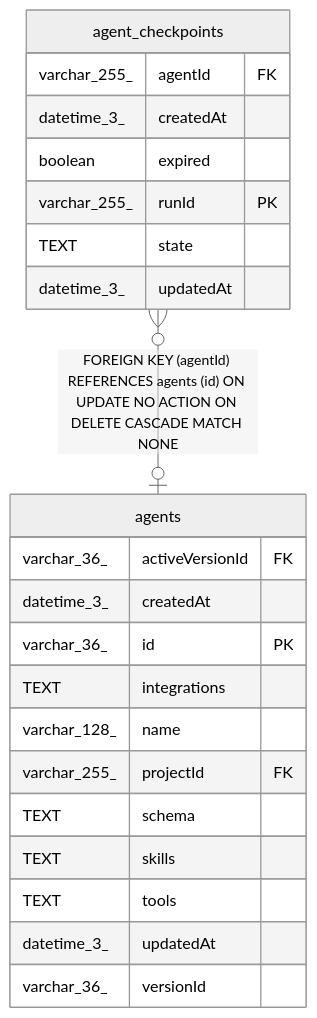
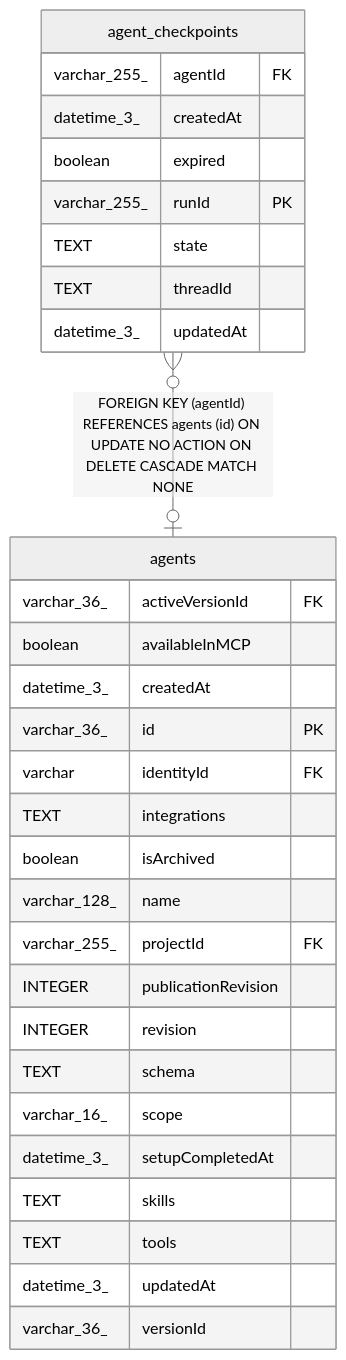
Before and after one commit to koreatest12/studys: the diagram in n8n_integration/n8n_source/docs/generated/sqlite-schema/agent_checkpoints.md, drawn with Mermaid (neutral theme). The commit also changed other lines of this file and 23019 other files, not shown here.

````diff
--- a/n8n_integration/n8n_source/docs/generated/sqlite-schema/agent_checkpoints.md
+++ b/n8n_integration/n8n_source/docs/generated/sqlite-schema/agent_checkpoints.md
@@ -42,27 +45,35 @@
 ```mermaid
 erDiagram
 
 "agent_checkpoints" }o--o| "agents" : "FOREIGN KEY (agentId) REFERENCES agents (id) ON UPDATE NO ACTION ON DELETE CASCADE MATCH NONE"
 
 "agent_checkpoints" {
   varchar_255_ agentId FK
   datetime_3_ createdAt
   boolean expired
   varchar_255_ runId PK
   TEXT state
+  TEXT threadId
   datetime_3_ updatedAt
 }
 "agents" {
   varchar_36_ activeVersionId FK
+  boolean availableInMCP
   datetime_3_ createdAt
   varchar_36_ id PK
+  varchar identityId FK
   TEXT integrations
+  boolean isArchived
   varchar_128_ name
   varchar_255_ projectId FK
+  INTEGER publicationRevision
+  INTEGER revision
   TEXT schema
+  varchar_16_ scope
+  datetime_3_ setupCompletedAt
   TEXT skills
   TEXT tools
   datetime_3_ updatedAt
   varchar_36_ versionId
 }
 ```
````
